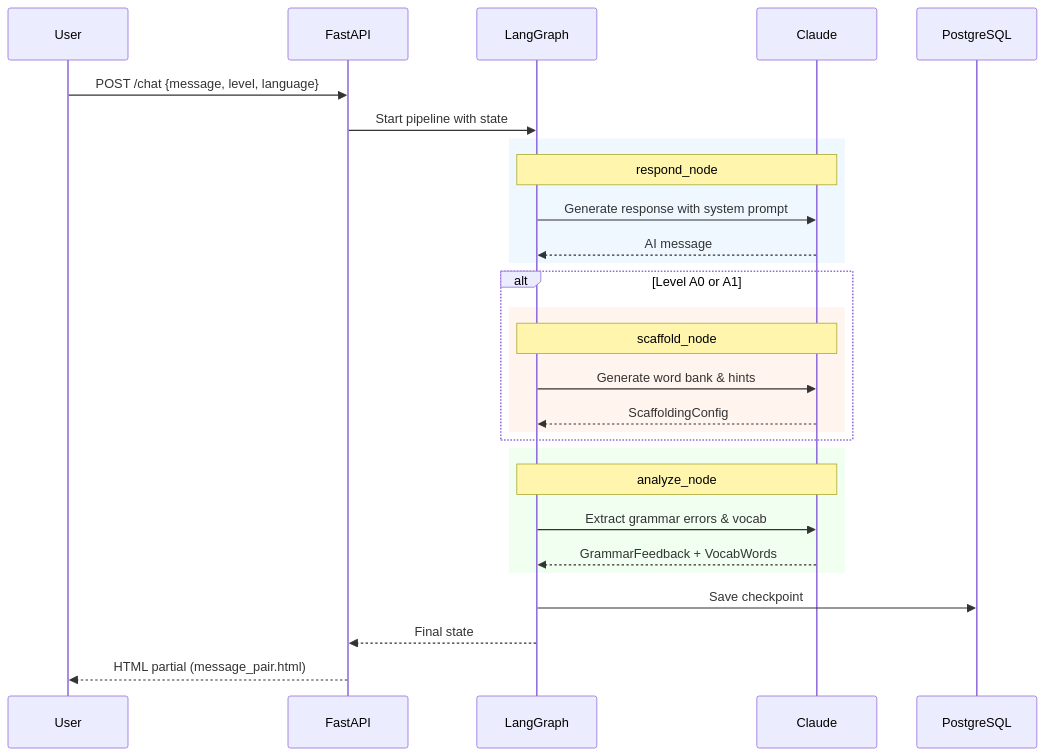
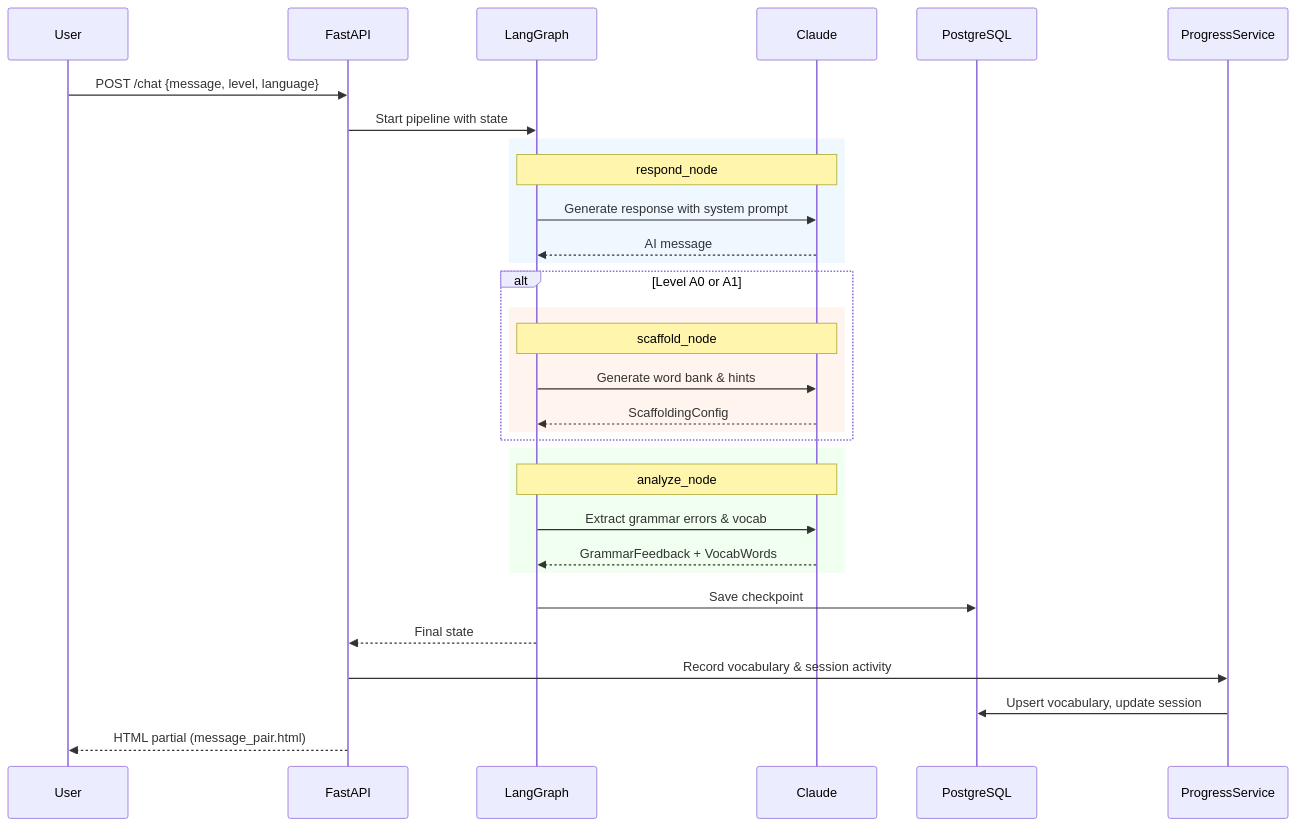
Before and after one commit to darth-dodo/habla-hermano: the third of 4 diagrams in docs/codebase-summary.md, drawn with Mermaid. The commit also changed other lines of this file and 30 other files, not shown here.

````diff
--- a/docs/codebase-summary.md
+++ b/docs/codebase-summary.md
@@ -255,35 +263,38 @@
 ```mermaid
 sequenceDiagram
     participant U as User
     participant API as FastAPI
     participant G as LangGraph
     participant AI as Claude
     participant DB as PostgreSQL
+    participant PS as ProgressService
 
     U->>API: POST /chat {message, level, language}
     API->>G: Start pipeline with state
 
     rect rgb(240, 248, 255)
         Note over G,AI: respond_node
         G->>AI: Generate response with system prompt
         AI-->>G: AI message
     end
 
     alt Level A0 or A1
         rect rgb(255, 245, 238)
             Note over G,AI: scaffold_node
             G->>AI: Generate word bank & hints
             AI-->>G: ScaffoldingConfig
         end
     end
 
     rect rgb(240, 255, 240)
         Note over G,AI: analyze_node
         G->>AI: Extract grammar errors & vocab
         AI-->>G: GrammarFeedback + VocabWords
     end
 
     G->>DB: Save checkpoint
     G-->>API: Final state
+    API->>PS: Record vocabulary & session activity
+    PS->>DB: Upsert vocabulary, update session
     API-->>U: HTML partial (message_pair.html)
 ```
````
